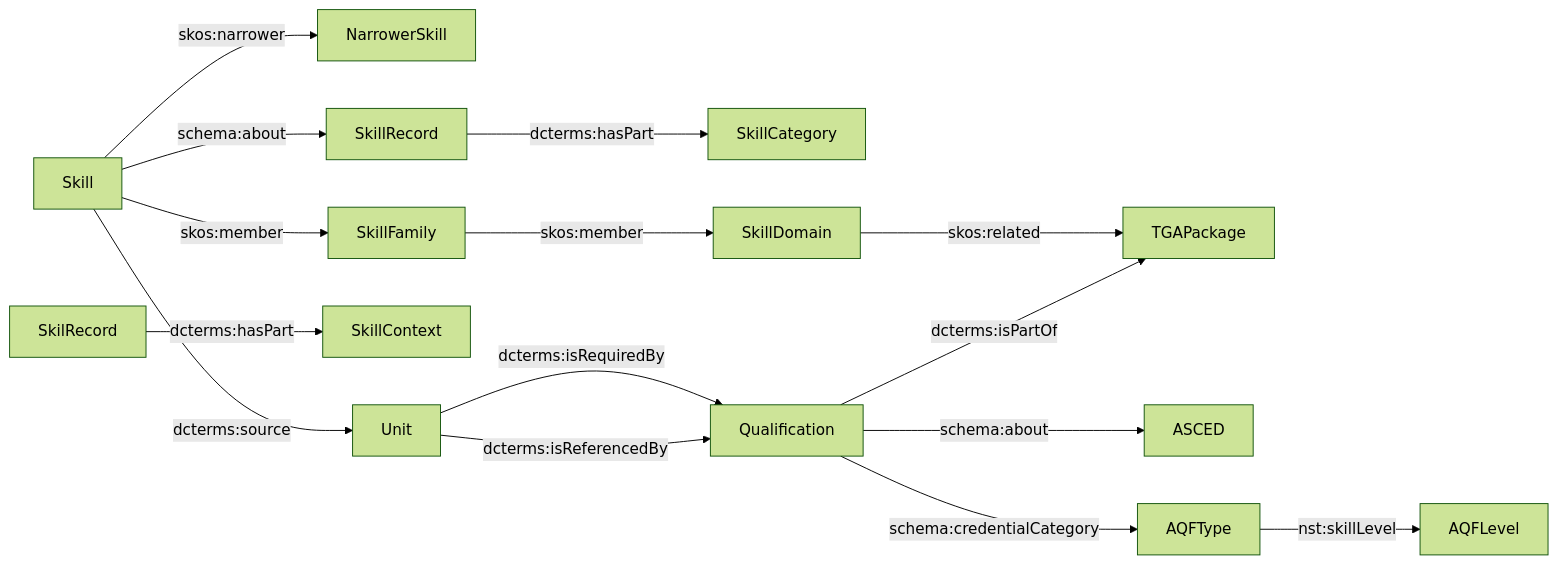
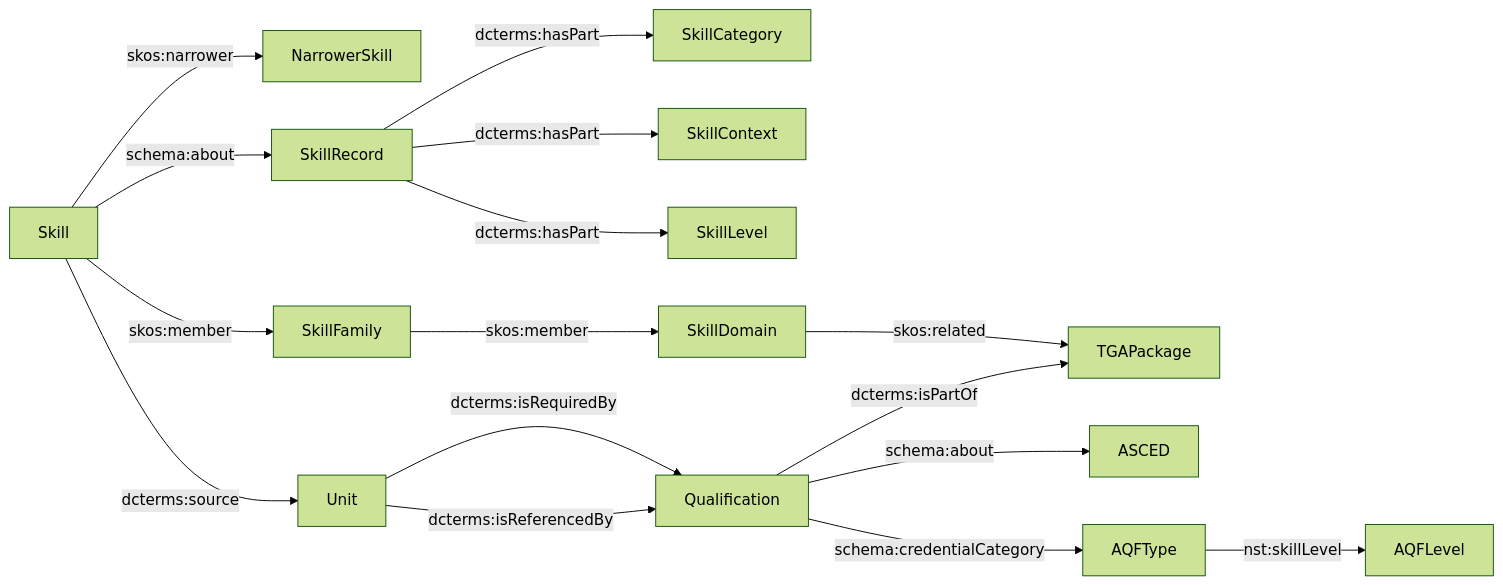
Before and after one commit to leskneebone/skills-SPARQL: the diagram in README.md, drawn with Mermaid (forest theme).

````diff
--- a/README.md
+++ b/README.md
@@ -53,18 +53,19 @@
 ```mermaid
 flowchart LR
   Skill -->|skos:narrower| NarrowerSkill
   Skill -->|dcterms:source | Unit
   Skill -->|schema:about | SkillRecord
   SkillRecord-->|dcterms:hasPart | SkillCategory
-  SkilRecord-->|dcterms:hasPart | SkillContext
+  SkillRecord-->|dcterms:hasPart | SkillContext
+  SkillRecord-->|dcterms:hasPart | SkillLevel
   Skill -->|skos:member | SkillFamily
   SkillFamily -->|skos:member | SkillDomain
   SkillDomain -->|skos:related | TGAPackage
   Unit -->|dcterms:isRequiredBy| Qualification
   Unit -->|dcterms:isReferencedBy | Qualification
   Qualification -->|dcterms:isPartOf | TGAPackage
   Qualification -->|schema:about | ASCED
   Qualification -->|schema:credentialCategory | AQFType
   AQFType -->|nst:skillLevel | AQFLevel
 
 ```
````
